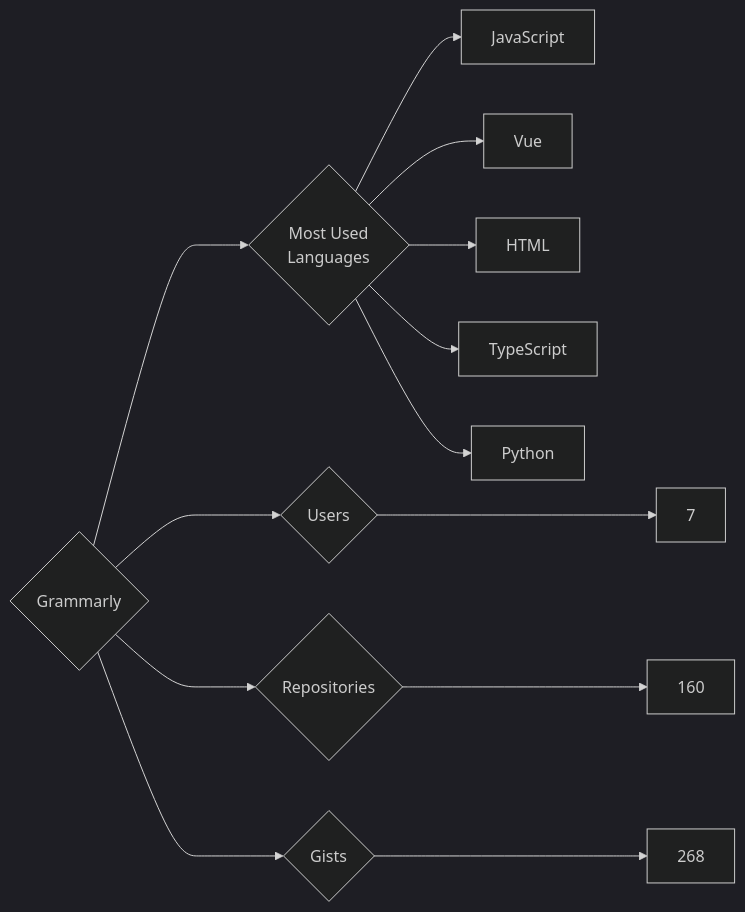
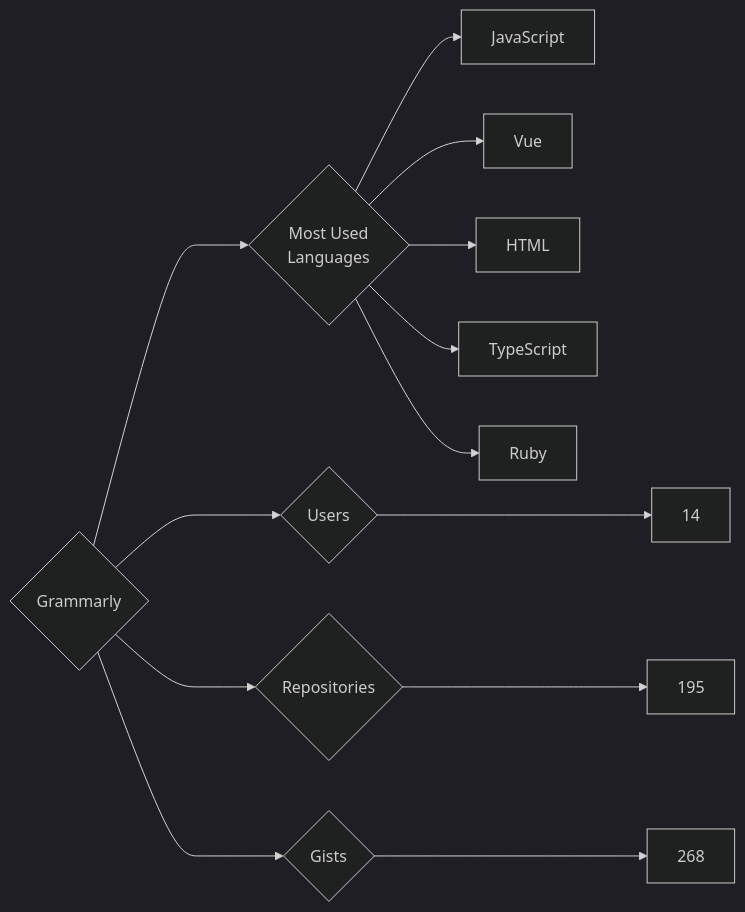
One commit to trickest/insiders changed the diagram in targets/Grammarly/README.md. Above: the diagram before and after it, drawn with Mermaid (dark theme). The commit also changed 676 other files, not shown here.

````diff
--- a/targets/Grammarly/README.md
+++ b/targets/Grammarly/README.md
@@ -3,13 +3,13 @@
 ```mermaid
 graph LR
 COMPANY_NAME{Grammarly}
-COMPANY_NAME ---> U{Users} ---> UN[7]
-COMPANY_NAME ---> R{Repositories} ---> RN[160]
+COMPANY_NAME ---> U{Users} ---> UN[14]
+COMPANY_NAME ---> R{Repositories} ---> RN[195]
 COMPANY_NAME ---> G{Gists} ---> GN[268]
 COMPANY_NAME ---> ML{Most Used<br>Languages}
 ML --> JavaScript[JavaScript]
 ML --> Vue[Vue]
 ML --> HTML[HTML]
 ML --> TypeScript[TypeScript]
-ML --> Python[Python]
+ML --> Ruby[Ruby]
 ```
````
